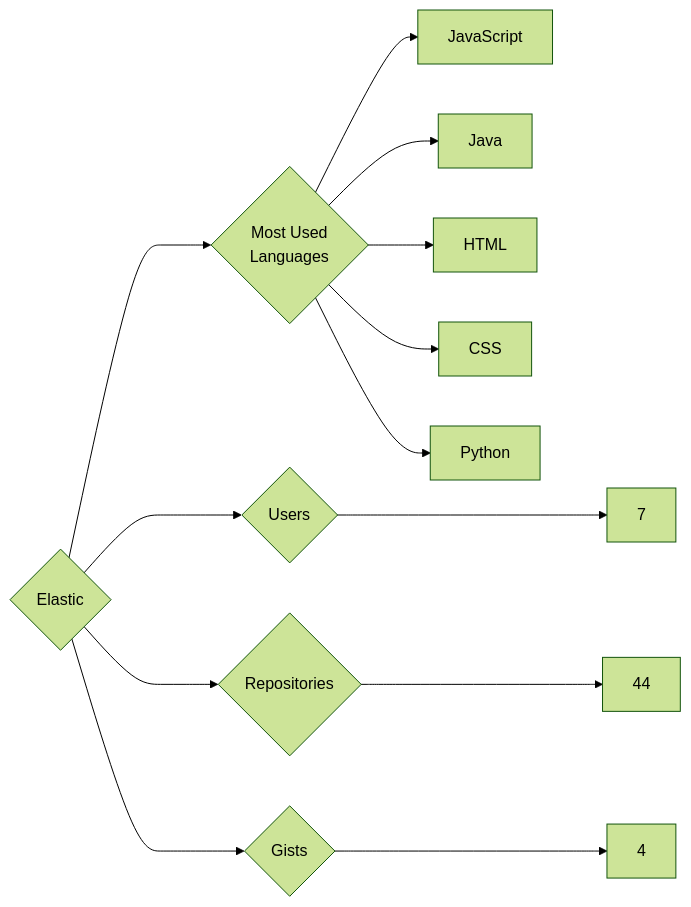
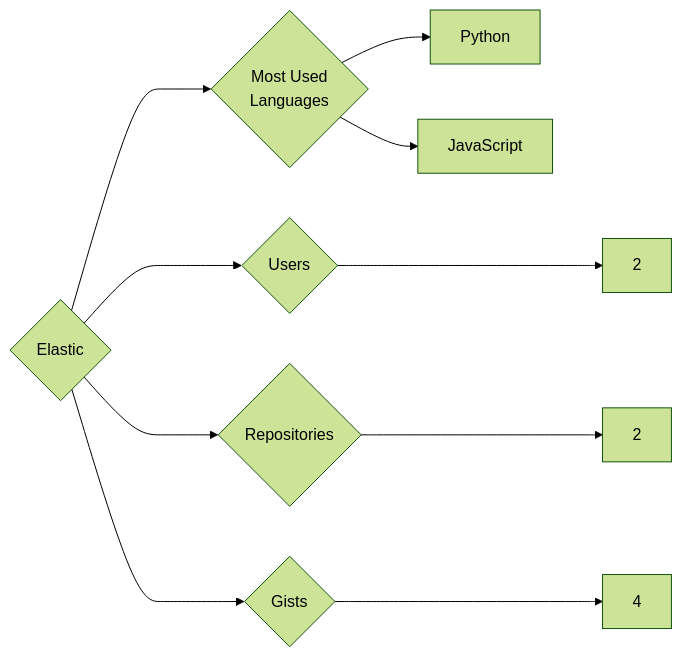
One commit to trickest/insiders changed the diagram in targets/Elastic/README.md. Above: the diagram before and after it, drawn with Mermaid (forest theme). The commit also changed 618 other files, not shown here.

````diff
--- a/targets/Elastic/README.md
+++ b/targets/Elastic/README.md
@@ -3,13 +3,10 @@
 ```mermaid
 graph LR
 COMPANY_NAME{Elastic}
-COMPANY_NAME ---> U{Users} ---> UN[7]
-COMPANY_NAME ---> R{Repositories} ---> RN[44]
+COMPANY_NAME ---> U{Users} ---> UN[2]
+COMPANY_NAME ---> R{Repositories} ---> RN[2]
 COMPANY_NAME ---> G{Gists} ---> GN[4]
 COMPANY_NAME ---> ML{Most Used<br>Languages}
+ML --> Python[Python]
 ML --> JavaScript[JavaScript]
-ML --> Java[Java]
-ML --> HTML[HTML]
-ML --> CSS[CSS]
-ML --> Python[Python]
 ```
````
